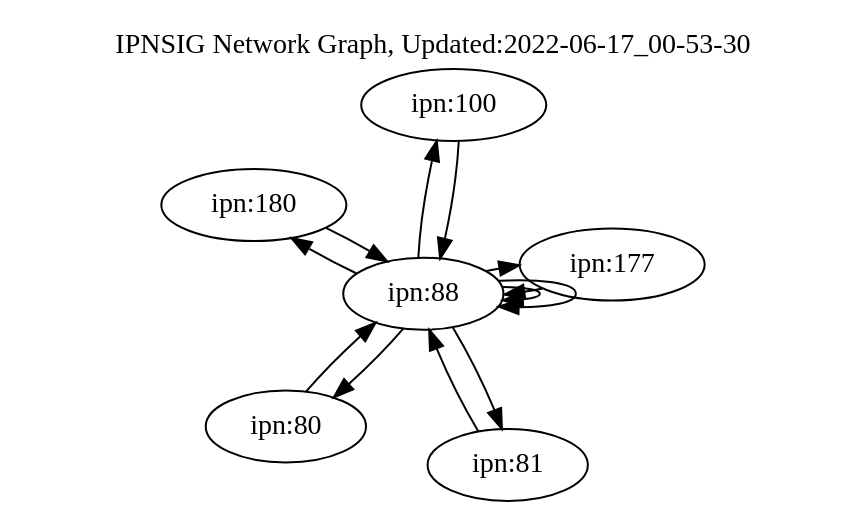
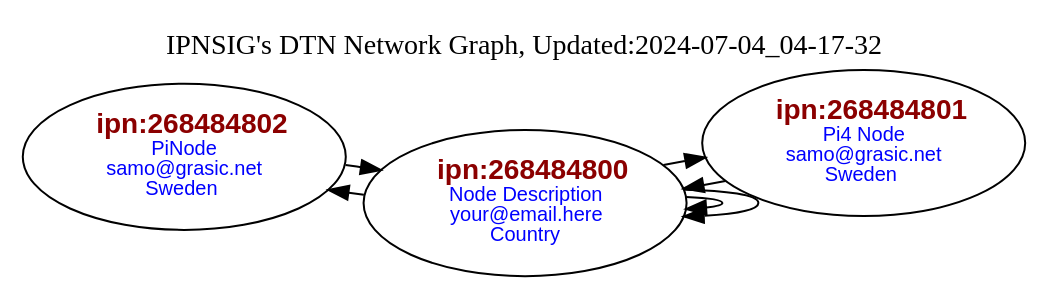
One commit to samograsic/ion-dtn-dtnex changed the diagram in contactGraph.gv. Above: the diagram before and after it, drawn with Graphviz. The commit also changed 11 other files, not shown here.

```diff
--- a/contactGraph.gv
+++ b/contactGraph.gv
@@ -1,14 +1,11 @@
 digraph G { layout=neato; overlap=false;
-"ipn:80" -> "ipn:88"
-"ipn:81" -> "ipn:88"
-"ipn:88" -> "ipn:80"
-"ipn:88" -> "ipn:81"
-"ipn:88" -> "ipn:88"
-"ipn:88" -> "ipn:88"
-"ipn:88" -> "ipn:100"
-"ipn:88" -> "ipn:177"
-"ipn:88" -> "ipn:180"
-"ipn:100" -> "ipn:88"
-"ipn:177" -> "ipn:88"
-"ipn:180" -> "ipn:88"
-labelloc="t"; label="IPNSIG Network Graph, Updated:2022-06-17_00-53-30"}
+"ipn:268484802" [label=< <FONT POINT-SIZE="14" FACE="Arial" COLOR="darkred"><B>ipn:268484802</B></FONT><BR/><FONT POINT-SIZE="10" FACE="Arial" COLOR="blue">PiNode<br/>samo&#64;grasic&#46;net<br/>Sweden </FONT>>];
+"ipn:268484801" [label=< <FONT POINT-SIZE="14" FACE="Arial" COLOR="darkred"><B>ipn:268484801</B></FONT><BR/><FONT POINT-SIZE="10" FACE="Arial" COLOR="blue">Pi4 Node<br/>samo&#64;grasic&#46;net<br/>Sweden </FONT>>];
+"ipn:268484800" [label=< <FONT POINT-SIZE="14" FACE="Arial" COLOR="darkred"><B>ipn:268484800</B></FONT><BR/><FONT POINT-SIZE="10" FACE="Arial" COLOR="blue">Node Description<br/>your&#64;email&#46;here<br/>Country</FONT>>];
+"ipn:268484800" -> "ipn:268484800"
+"ipn:268484800" -> "ipn:268484800"
+"ipn:268484800" -> "ipn:268484801"
+"ipn:268484800" -> "ipn:268484802"
+"ipn:268484801" -> "ipn:268484800"
+"ipn:268484802" -> "ipn:268484800"
+labelloc="t"; label="IPNSIG's DTN Network Graph, Updated:2024-07-04_04-17-32"}
```
